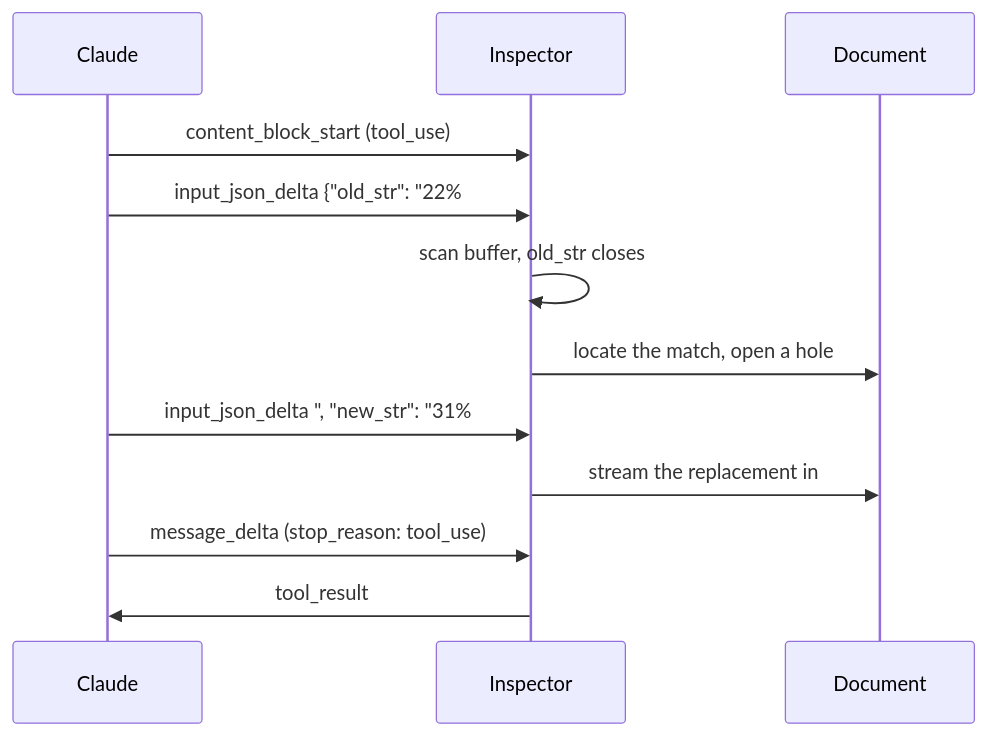
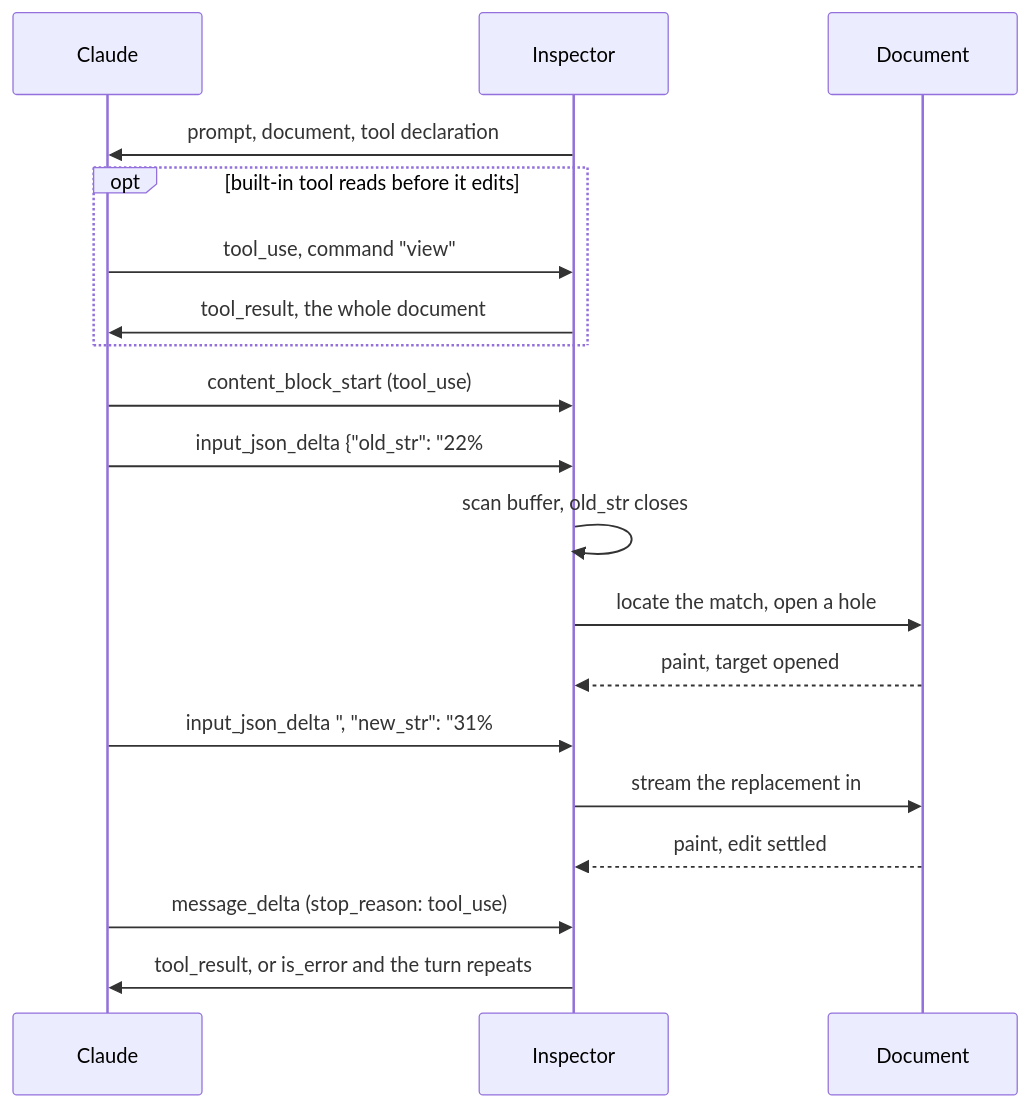
One commit to bendrucker/anthropic-text-editor-inspector changed the diagram in README.md. Above: the diagram before and after it, drawn with Mermaid. The commit also changed other lines of this file and 2 other files, not shown here.

````diff
--- a/README.md
+++ b/README.md
@@ -23,15 +19,22 @@
 ```mermaid
 sequenceDiagram
     participant C as Claude
     participant A as Inspector
     participant D as Document
 
+    A->>C: prompt, document, tool declaration
+    opt built-in tool reads before it edits
+        C->>A: tool_use, command "view"
+        A->>C: tool_result, the whole document
+    end
     C->>A: content_block_start (tool_use)
     C->>A: input_json_delta  {"old_str": "22%
     A->>A: scan buffer, old_str closes
     A->>D: locate the match, open a hole
+    D-->>A: paint, target opened
     C->>A: input_json_delta  ", "new_str": "31%
     A->>D: stream the replacement in
+    D-->>A: paint, edit settled
     C->>A: message_delta (stop_reason: tool_use)
-    A->>C: tool_result
+    A->>C: tool_result, or is_error and the turn repeats
 ```
````
